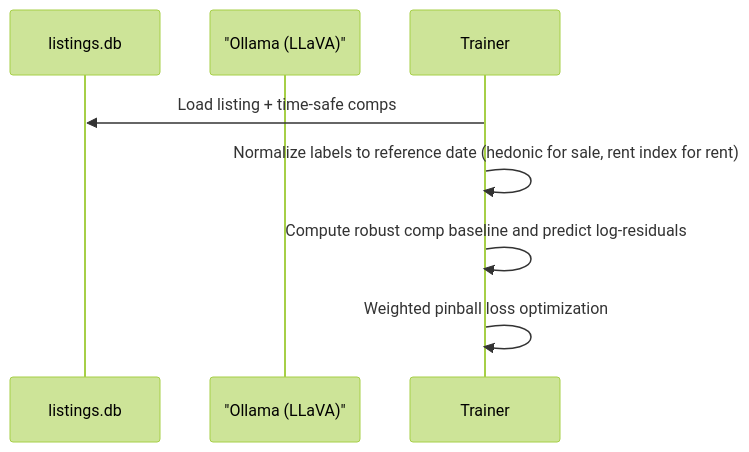
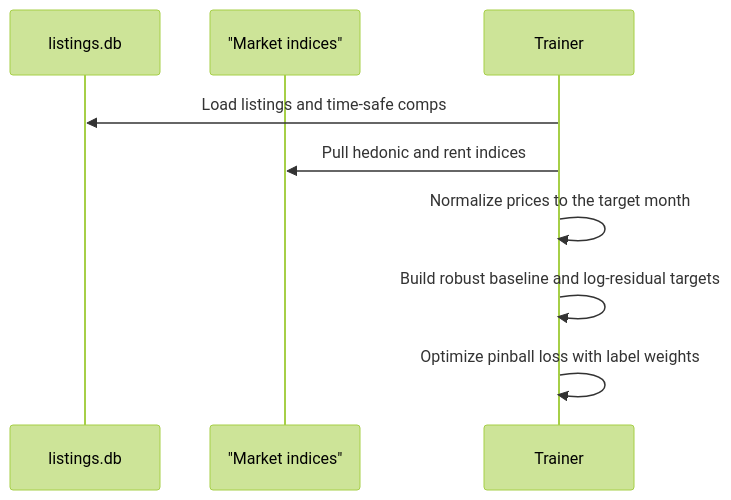
One commit to Nirtzur0/PropertyScanner changed the fourth of 4 diagrams in docs/02_data_pipeline.md. Above: the diagram before and after it, drawn with Mermaid (forest theme). The commit also changed other lines of this file and 68 other files, not shown here.

````diff
--- a/docs/02_data_pipeline.md
+++ b/docs/02_data_pipeline.md
@@ -113,11 +117,12 @@
 ```mermaid
 sequenceDiagram
     participant DB as listings.db
-    participant VLM as "Ollama (LLaVA)"
+    participant Indices as "Market indices"
     participant Train as Trainer
 
-    Train->>DB: Load listing + time-safe comps
-    Train->>Train: Normalize labels to reference date (hedonic for sale, rent index for rent)
-    Train->>Train: Compute robust comp baseline and predict log-residuals
-    Train->>Train: Weighted pinball loss optimization
+    Train->>DB: Load listings and time-safe comps
+    Train->>Indices: Pull hedonic and rent indices
+    Train->>Train: Normalize prices to the target month
+    Train->>Train: Build robust baseline and log-residual targets
+    Train->>Train: Optimize pinball loss with label weights
 ```
````
